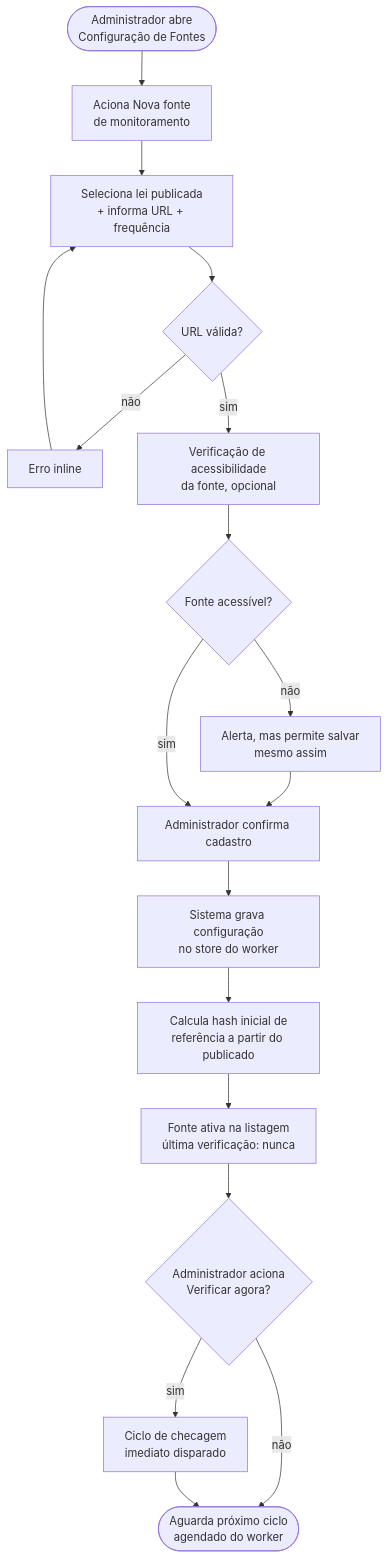
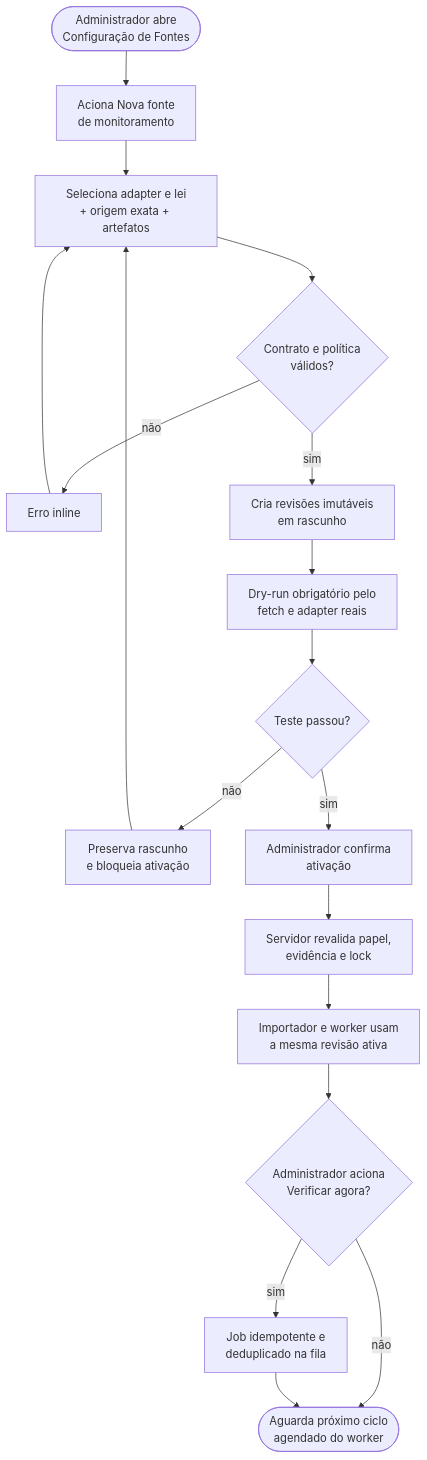
Before and after one commit to tiagobfaustino/lex-editor-2: the sixth of 9 diagrams in docs/lex-editor/USER_FLOWS.md, drawn with Mermaid. The commit also changed other lines of this file and 7 other files, not shown here.

````diff
--- a/docs/lex-editor/USER_FLOWS.md
+++ b/docs/lex-editor/USER_FLOWS.md
@@ -322,18 +324,18 @@
 ```mermaid
 flowchart TD
     A([Administrador abre\nConfiguração de Fontes]) --> B[Aciona Nova fonte\nde monitoramento]
-    B --> C[Seleciona lei publicada\n+ informa URL + frequência]
-    C --> D{URL válida?}
+    B --> C[Seleciona adapter e lei\n+ origem exata + artefatos]
+    C --> D{Contrato e política\nválidos?}
     D -- não --> D1[Erro inline] --> C
-    D -- sim --> E[Verificação de acessibilidade\nda fonte, opcional]
-    E --> F{Fonte acessível?}
-    F -- não --> F1[Alerta, mas permite salvar\nmesmo assim] --> G
-    F -- sim --> G[Administrador confirma cadastro]
-    G --> H[Sistema grava configuração\nno store do worker]
-    H --> I[Calcula hash inicial de\nreferência a partir do publicado]
-    I --> J[Fonte ativa na listagem\núltima verificação: nunca]
+    D -- sim --> E[Cria revisões imutáveis\nem rascunho]
+    E --> F[Dry-run obrigatório pelo\nfetch e adapter reais]
+    F --> G{Teste passou?}
+    G -- não --> G1[Preserva rascunho\ne bloqueia ativação] --> C
+    G -- sim --> H[Administrador confirma\nativação]
+    H --> I[Servidor revalida papel,\nevidência e lock]
+    I --> J[Importador e worker usam\na mesma revisão ativa]
     J --> K{Administrador aciona\nVerificar agora?}
-    K -- sim --> L[Ciclo de checagem\nimediato disparado]
+    K -- sim --> L[Job idempotente e\ndeduplicado na fila]
     K -- não --> M([Aguarda próximo ciclo\nagendado do worker])
     L --> M
 ```
````
